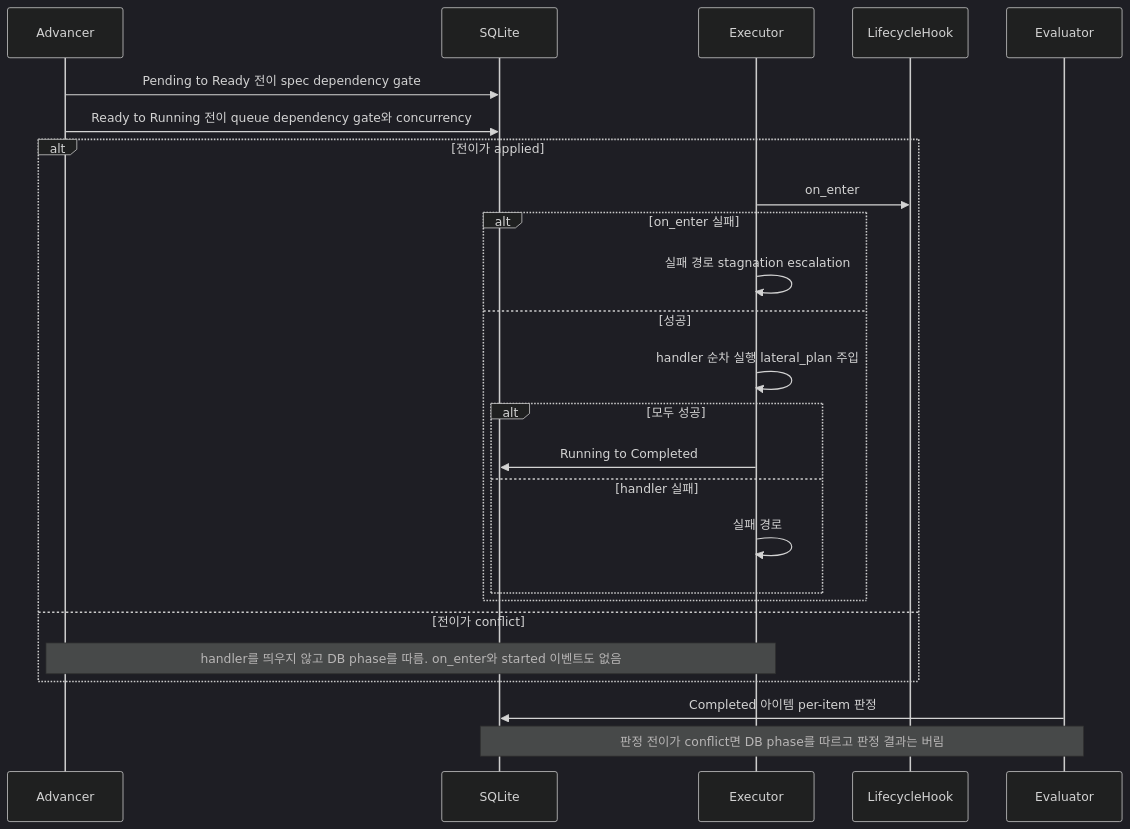
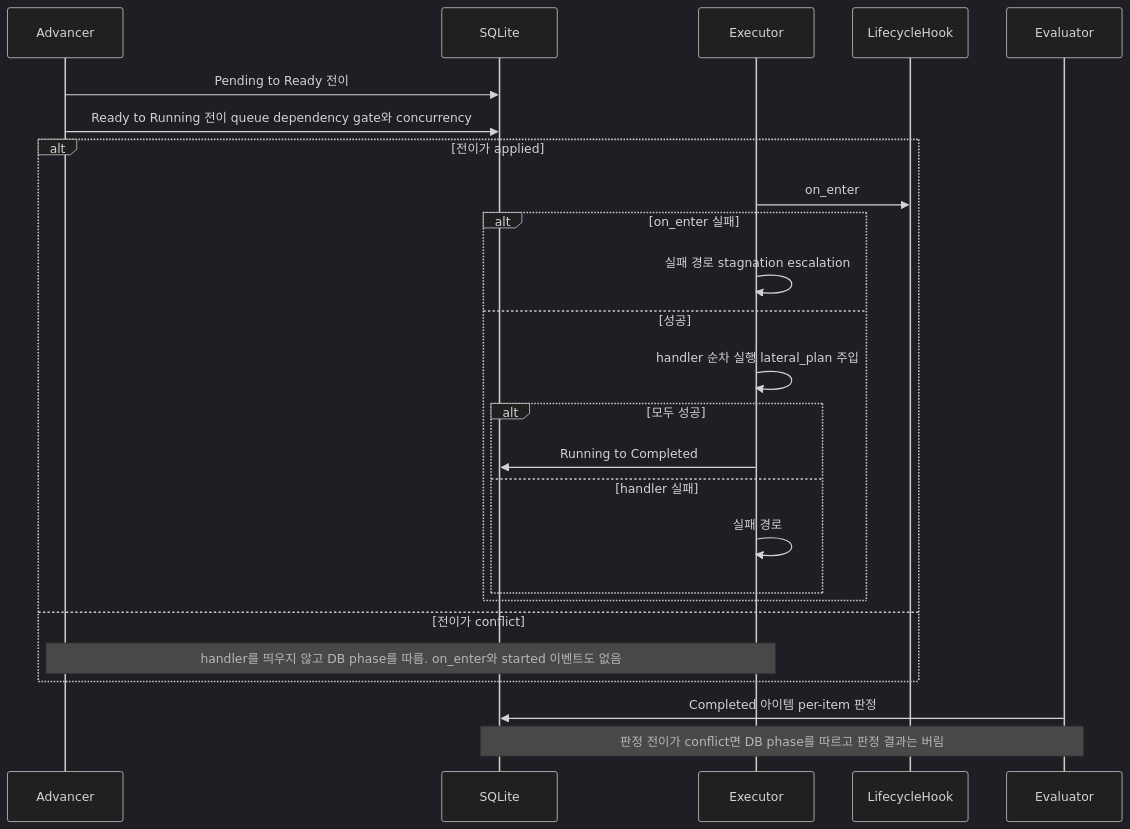
Before and after one commit to kys0213/belt: the second of 7 diagrams in spec/concerns/daemon.md, drawn with Mermaid (dark theme). The commit also changed other lines of this file and 4 other files, not shown here.

````diff
--- a/spec/concerns/daemon.md
+++ b/spec/concerns/daemon.md
@@ -86,28 +88,28 @@
 ```mermaid
 sequenceDiagram
     participant A as Advancer
     participant DB as SQLite
     participant E as Executor
     participant H as LifecycleHook
     participant EV as Evaluator
 
-    A->>DB: Pending to Ready 전이 spec dependency gate
+    A->>DB: Pending to Ready 전이
     A->>DB: Ready to Running 전이 queue dependency gate와 concurrency
     alt 전이가 applied
         E->>H: on_enter
         alt on_enter 실패
             E->>E: 실패 경로 stagnation escalation
         else 성공
             E->>E: handler 순차 실행 lateral_plan 주입
             alt 모두 성공
                 E->>DB: Running to Completed
             else handler 실패
                 E->>E: 실패 경로
             end
         end
     else 전이가 conflict
         Note over A,E: handler를 띄우지 않고 DB phase를 따름. on_enter와 started 이벤트도 없음
     end
     EV->>DB: Completed 아이템 per-item 판정
     Note over EV,DB: 판정 전이가 conflict면 DB phase를 따르고 판정 결과는 버림
 ```
````
